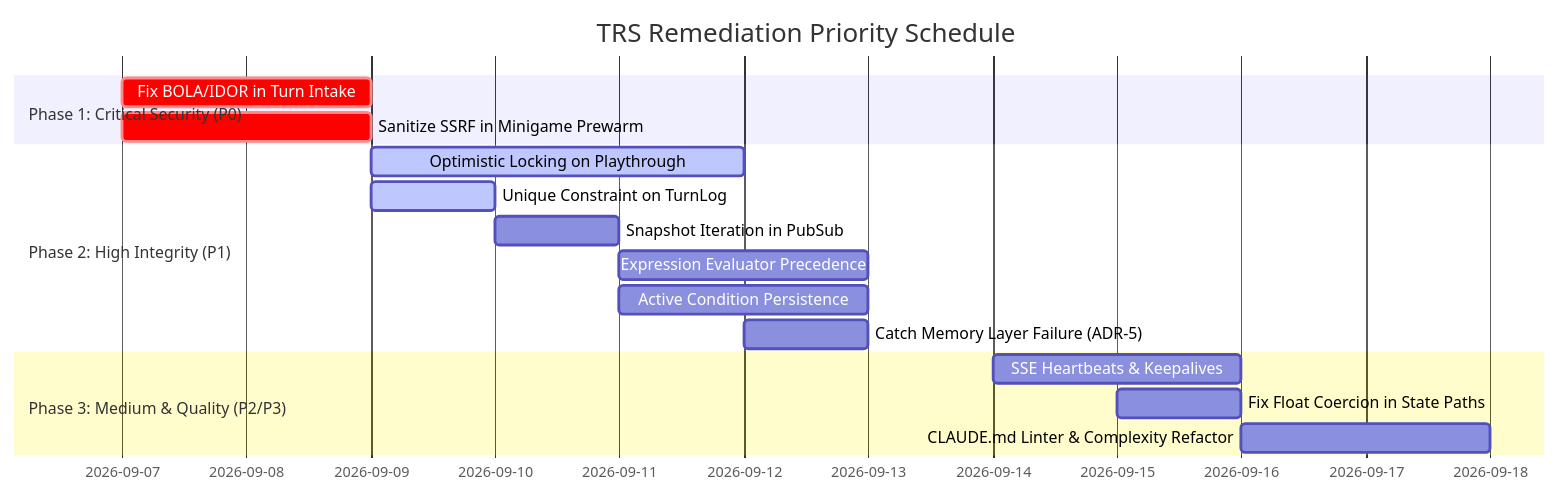
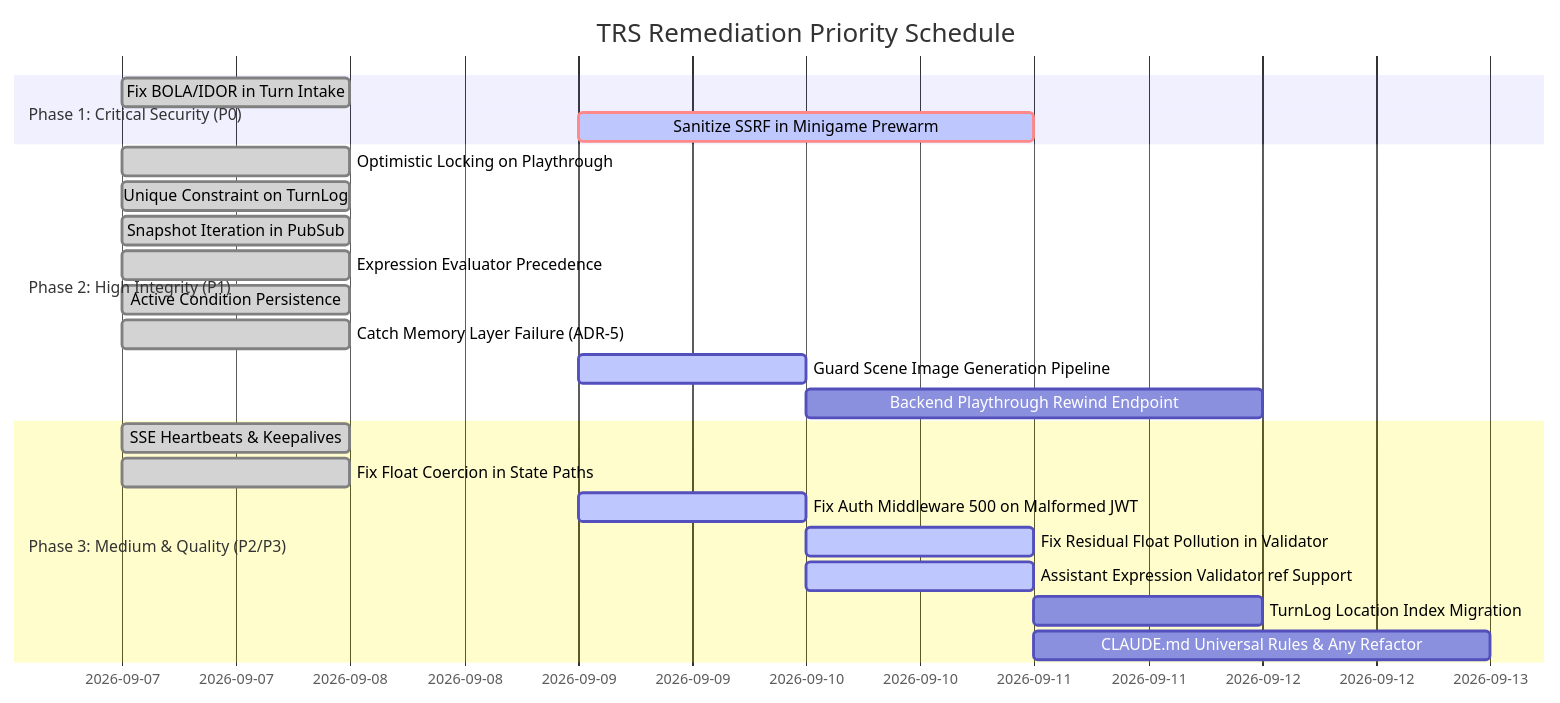
One commit to AryanSherigar/AI-DND changed the second of 2 diagrams in docs/reports/trs-audit-report.md. Above: the diagram before and after it, drawn with Mermaid. The commit also changed other lines of this file and 267 other files, not shown here.

Commit message:
feat: image generation pipeline added and music customization option added

````diff
--- a/docs/reports/trs-audit-report.md
+++ b/docs/reports/trs-audit-report.md
@@ -328,19 +400,25 @@
 ```mermaid
 gantt
     title TRS Remediation Priority Schedule
     dateFormat  YYYY-MM-DD
     section Phase 1: Critical Security (P0)
-    Fix BOLA/IDOR in Turn Intake      :crit, p1_1, 2026-09-07, 2d
-    Sanitize SSRF in Minigame Prewarm :crit, p1_2, 2026-09-07, 2d
+    Fix BOLA/IDOR in Turn Intake             :done, p1_1, 2026-09-07, 2026-09-08
+    Sanitize SSRF in Minigame Prewarm        :active, crit, p1_2, 2026-09-09, 2d
     section Phase 2: High Integrity (P1)
-    Optimistic Locking on Playthrough :active, p2_1, 2026-09-09, 3d
-    Unique Constraint on TurnLog     :active, p2_2, 2026-09-09, 1d
-    Snapshot Iteration in PubSub      :p2_3, 2026-09-10, 1d
-    Expression Evaluator Precedence   :p2_4, 2026-09-11, 2d
-    Active Condition Persistence      :p2_5, 2026-09-11, 2d
-    Catch Memory Layer Failure (ADR-5):p2_6, 2026-09-12, 1d
+    Optimistic Locking on Playthrough        :done, p2_1, 2026-09-07, 2026-09-08
+    Unique Constraint on TurnLog             :done, p2_2, 2026-09-07, 2026-09-08
+    Snapshot Iteration in PubSub             :done, p2_3, 2026-09-07, 2026-09-08
+    Expression Evaluator Precedence          :done, p2_4, 2026-09-07, 2026-09-08
+    Active Condition Persistence             :done, p2_5, 2026-09-07, 2026-09-08
+    Catch Memory Layer Failure (ADR-5)       :done, p2_6, 2026-09-07, 2026-09-08
+    Guard Scene Image Generation Pipeline    :active, p2_7, 2026-09-09, 1d
+    Backend Playthrough Rewind Endpoint      :p2_8, 2026-09-10, 2d
     section Phase 3: Medium & Quality (P2/P3)
-    SSE Heartbeats & Keepalives       :p3_1, 2026-09-14, 2d
-    Fix Float Coercion in State Paths :p3_2, 2026-09-15, 1d
-    CLAUDE.md Linter & Complexity Refactor: p3_3, 2026-09-16, 2d
+    SSE Heartbeats & Keepalives              :done, p3_1, 2026-09-07, 2026-09-08
+    Fix Float Coercion in State Paths        :done, p3_2, 2026-09-07, 2026-09-08
+    Fix Auth Middleware 500 on Malformed JWT :active, p3_3, 2026-09-09, 1d
+    Fix Residual Float Pollution in Validator:active, p3_4, 2026-09-10, 1d
+    Assistant Expression Validator ref Support:active, p3_5, 2026-09-10, 1d
+    TurnLog Location Index Migration         :p3_6, 2026-09-11, 1d
+    CLAUDE.md Universal Rules & Any Refactor :p3_7, 2026-09-11, 2d
 ```
````
